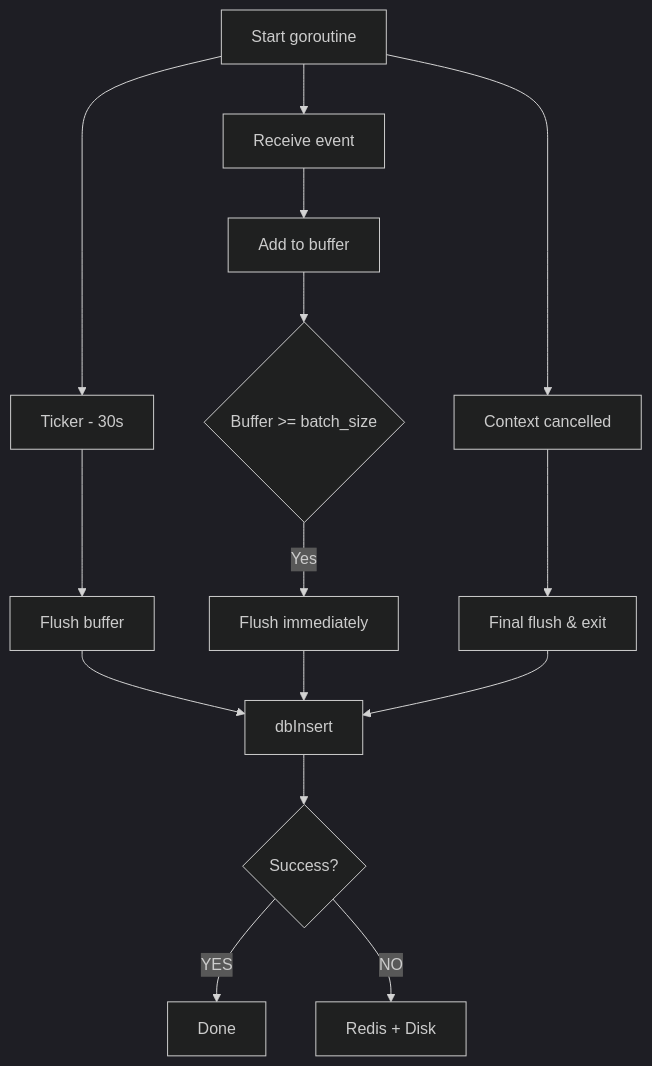
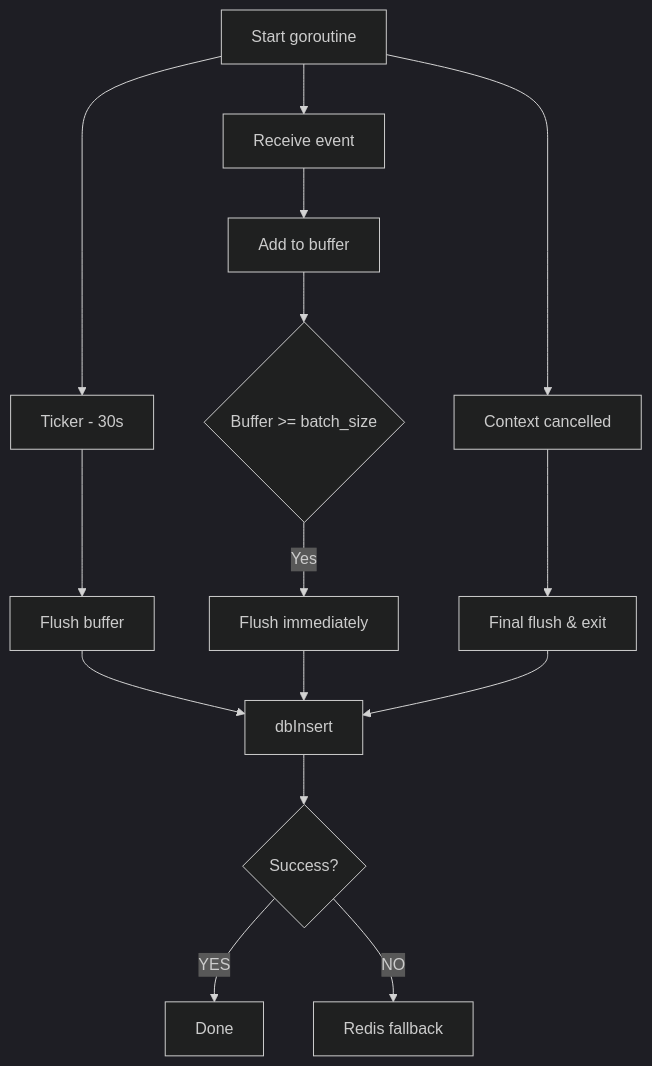
One commit to radch-ai/ava changed the second of 2 diagrams in docs/llm-proxy/usage.md. Above: the diagram before and after it, drawn with Mermaid (dark theme). The commit also changed other lines of this file and 4 other files, not shown here.

First line of the commit message:
refactor(usage): remove disk queue fallback

````diff
--- a/docs/llm-proxy/usage.md
+++ b/docs/llm-proxy/usage.md
@@ -25,17 +22,17 @@
 ```mermaid
 flowchart TB
     Goroutine["Start goroutine"] --> Receive["Receive event"]
     Goroutine --> Ticker["Ticker - 30s"]
     Goroutine --> Cancel["Context cancelled"]
     Receive --> AddBuffer["Add to buffer"]
     Ticker --> FlushBuffer["Flush buffer"]
     Cancel --> FinalFlush["Final flush & exit"]
     AddBuffer --> BatchCheck{"Buffer >= batch_size"}
     BatchCheck -->|Yes| ImmediateFlush["Flush immediately"]
     FlushBuffer --> DBInsert["dbInsert"]
     ImmediateFlush --> DBInsert
     FinalFlush --> DBInsert
     DBInsert --> DBSuccess{Success?}
     DBSuccess -->|YES| Done["Done"]
-    DBSuccess -->|NO| RedisDisk["Redis + Disk"]
+    DBSuccess -->|NO| RedisFallback["Redis fallback"]
 ```
````
